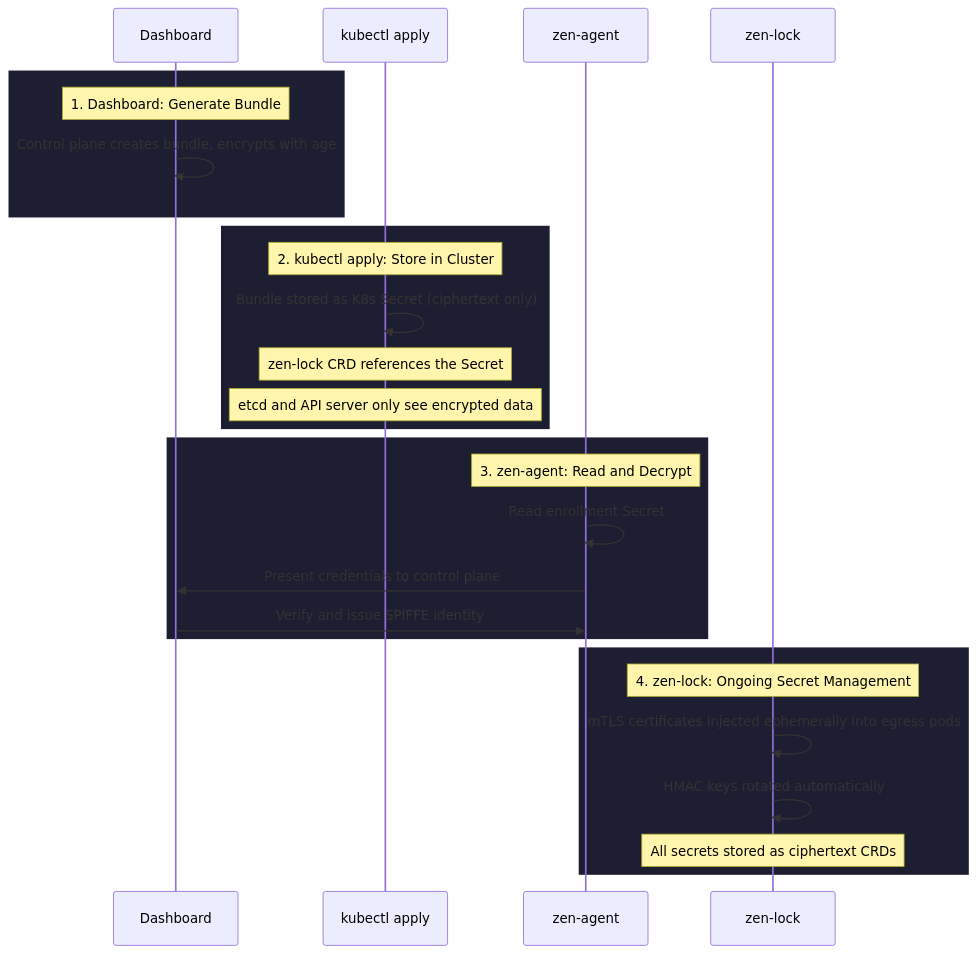
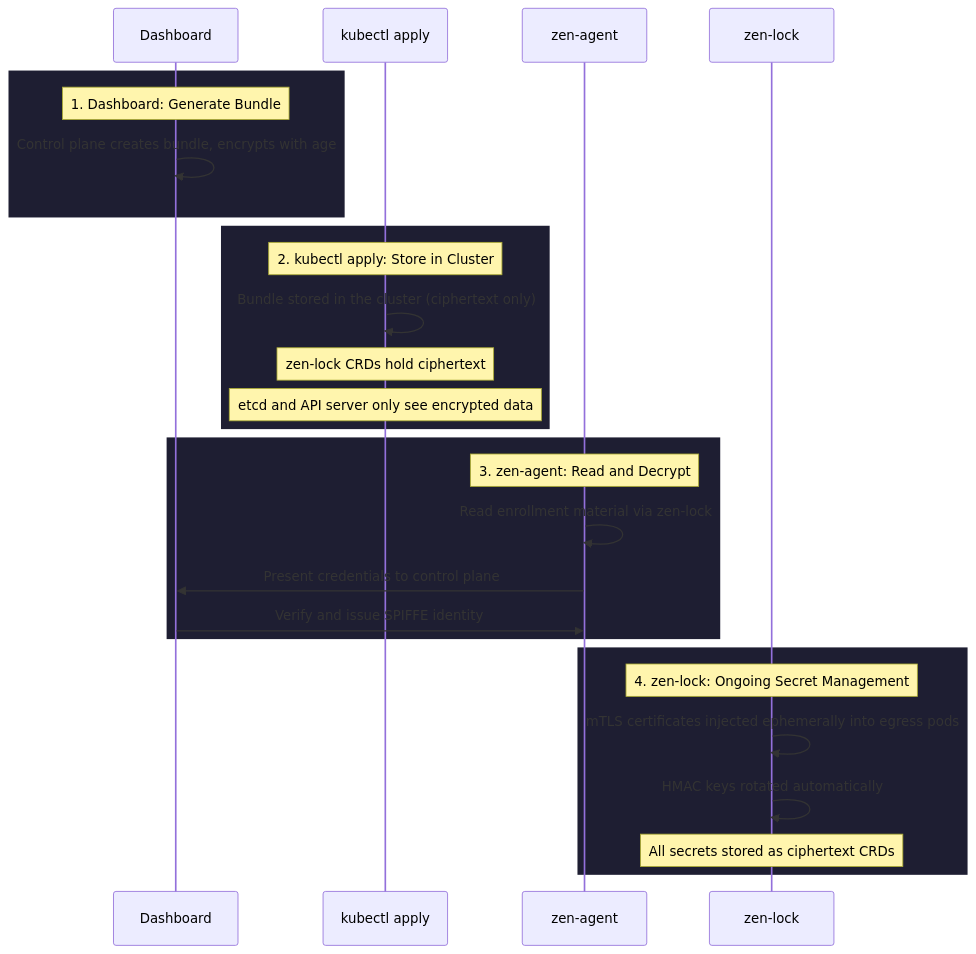
Before and after one commit to zenmesh/docs: the diagram in docs-zen-lock/enrollment-and-secrets.md, drawn with Mermaid. The commit also changed other lines of this file and 15 other files, not shown here.

First line of the commit message:
docs(zen-lock): full rewrite aligned with current codebase

````diff
--- a/docs-zen-lock/enrollment-and-secrets.md
+++ b/docs-zen-lock/enrollment-and-secrets.md
@@ -25,33 +25,33 @@
 ```mermaid
 sequenceDiagram
     participant D as Dashboard
     participant K as kubectl apply
     participant A as zen-agent
     participant L as zen-lock
 
     rect rgb(30, 30, 50)
         Note over D: 1. Dashboard: Generate Bundle
         D->>D: Control plane creates bundle, encrypts with age
     end
 
     rect rgb(30, 30, 50)
         Note over K: 2. kubectl apply: Store in Cluster
-        K->>K: Bundle stored as K8s Secret (ciphertext only)
-        Note over K: zen-lock CRD references the Secret
+        K->>K: Bundle stored in the cluster (ciphertext only)
+        Note over K: zen-lock CRDs hold ciphertext
         Note over K: etcd and API server only see encrypted data
     end
 
     rect rgb(30, 30, 50)
         Note over A: 3. zen-agent: Read and Decrypt
-        A->>A: Read enrollment Secret
+        A->>A: Read enrollment material via zen-lock
         A->>D: Present credentials to control plane
         D->>A: Verify and issue SPIFFE identity
     end
 
     rect rgb(30, 30, 50)
         Note over L: 4. zen-lock: Ongoing Secret Management
         L->>L: mTLS certificates injected ephemerally into egress pods
         L->>L: HMAC keys rotated automatically
         Note over L: All secrets stored as ciphertext CRDs
     end
 ```
````
